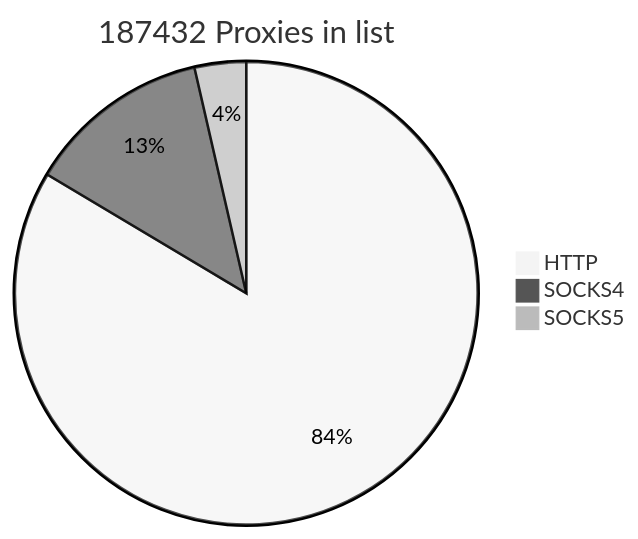
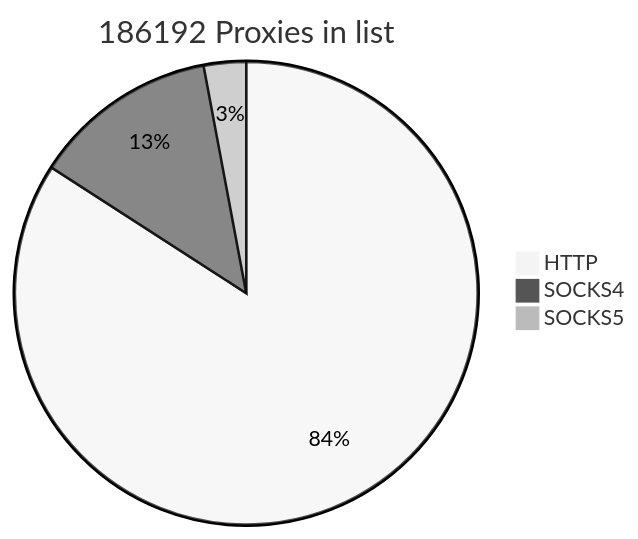
One commit to cutipu/proxylist changed the first of 2 diagrams in README.md. Above: the diagram before and after it, drawn with Mermaid (neutral theme). The commit also changed other lines of this file, not shown here.

````diff
--- a/README.md
+++ b/README.md
@@ -2,7 +2,7 @@
 ```mermaid
-pie title 187432 Proxies in list
+pie title 186192 Proxies in list
     "HTTP" : 156628
     "SOCKS4" : 24068
-    "SOCKS5" : 6736
+    "SOCKS5" : 5496
             
 ```
````
